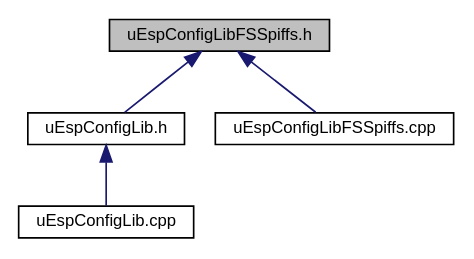
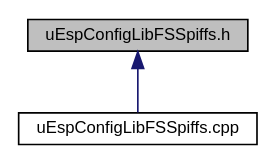
One commit to Naguissa/uEspConfigLib_doc_and_extras changed the diagram in docs/uEspConfigLibFSSpiffs_8h__dep__incl.dot. Above: the diagram before and after it, drawn with Graphviz. The commit also changed 52 other files, not shown here.

```diff
--- a/docs/uEspConfigLibFSSpiffs_8h__dep__incl.dot
+++ b/docs/uEspConfigLibFSSpiffs_8h__dep__incl.dot
@@ -1,13 +1,9 @@
 digraph "uEspConfigLibFSSpiffs.h"
 {
  // LATEX_PDF_SIZE
   edge [fontname="Helvetica",fontsize="10",labelfontname="Helvetica",labelfontsize="10"];
   node [fontname="Helvetica",fontsize="10",shape=record];
   Node1 [label="uEspConfigLibFSSpiffs.h",height=0.2,width=0.4,color="black", fillcolor="grey75", style="filled", fontcolor="black",tooltip=" "];
   Node1 -> Node2 [dir="back",color="midnightblue",fontsize="10",style="solid",fontname="Helvetica"];
-  Node2 [label="uEspConfigLib.h",height=0.2,width=0.4,color="black", fillcolor="white", style="filled",URL="$uEspConfigLib_8h.html",tooltip=" "];
-  Node2 -> Node3 [dir="back",color="midnightblue",fontsize="10",style="solid",fontname="Helvetica"];
-  Node3 [label="uEspConfigLib.cpp",height=0.2,width=0.4,color="black", fillcolor="white", style="filled",URL="$uEspConfigLib_8cpp.html",tooltip=" "];
-  Node1 -> Node4 [dir="back",color="midnightblue",fontsize="10",style="solid",fontname="Helvetica"];
-  Node4 [label="uEspConfigLibFSSpiffs.cpp",height=0.2,width=0.4,color="black", fillcolor="white", style="filled",URL="$uEspConfigLibFSSpiffs_8cpp.html",tooltip=" "];
+  Node2 [label="uEspConfigLibFSSpiffs.cpp",height=0.2,width=0.4,color="black", fillcolor="white", style="filled",URL="$uEspConfigLibFSSpiffs_8cpp.html",tooltip=" "];
 }
```
